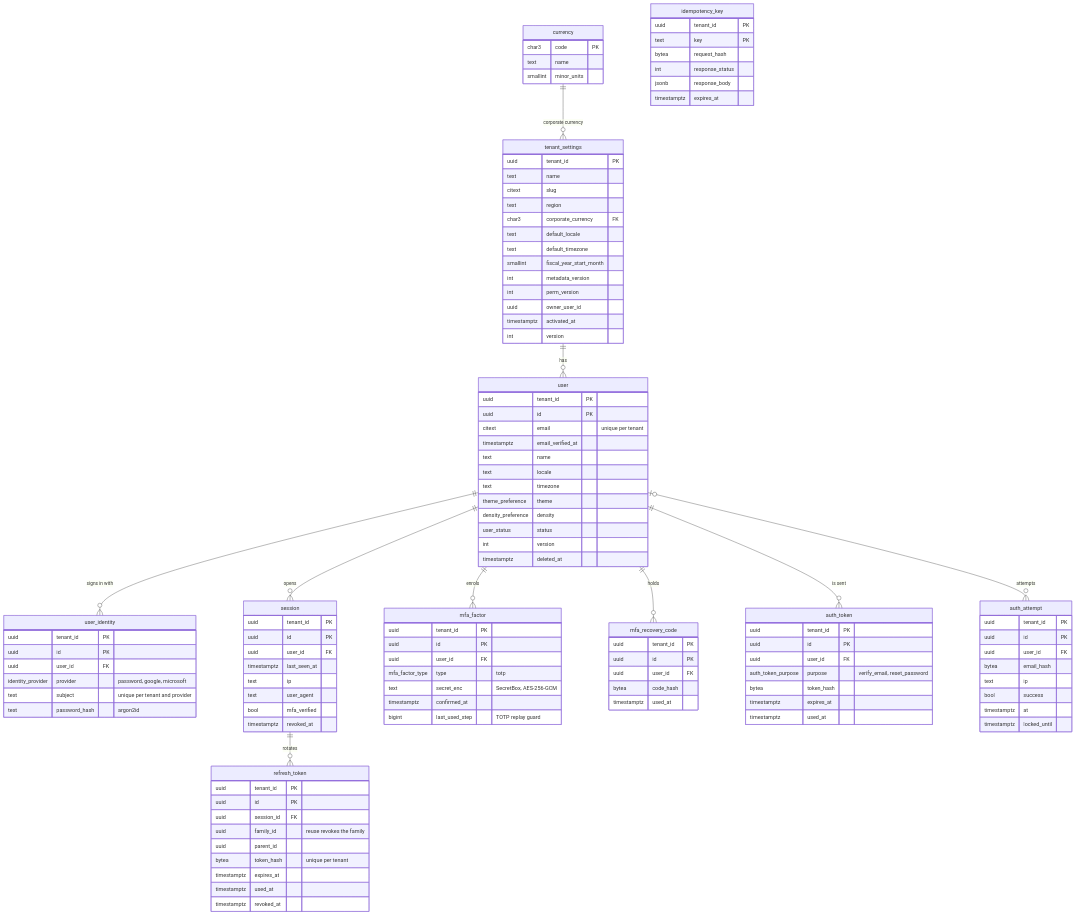
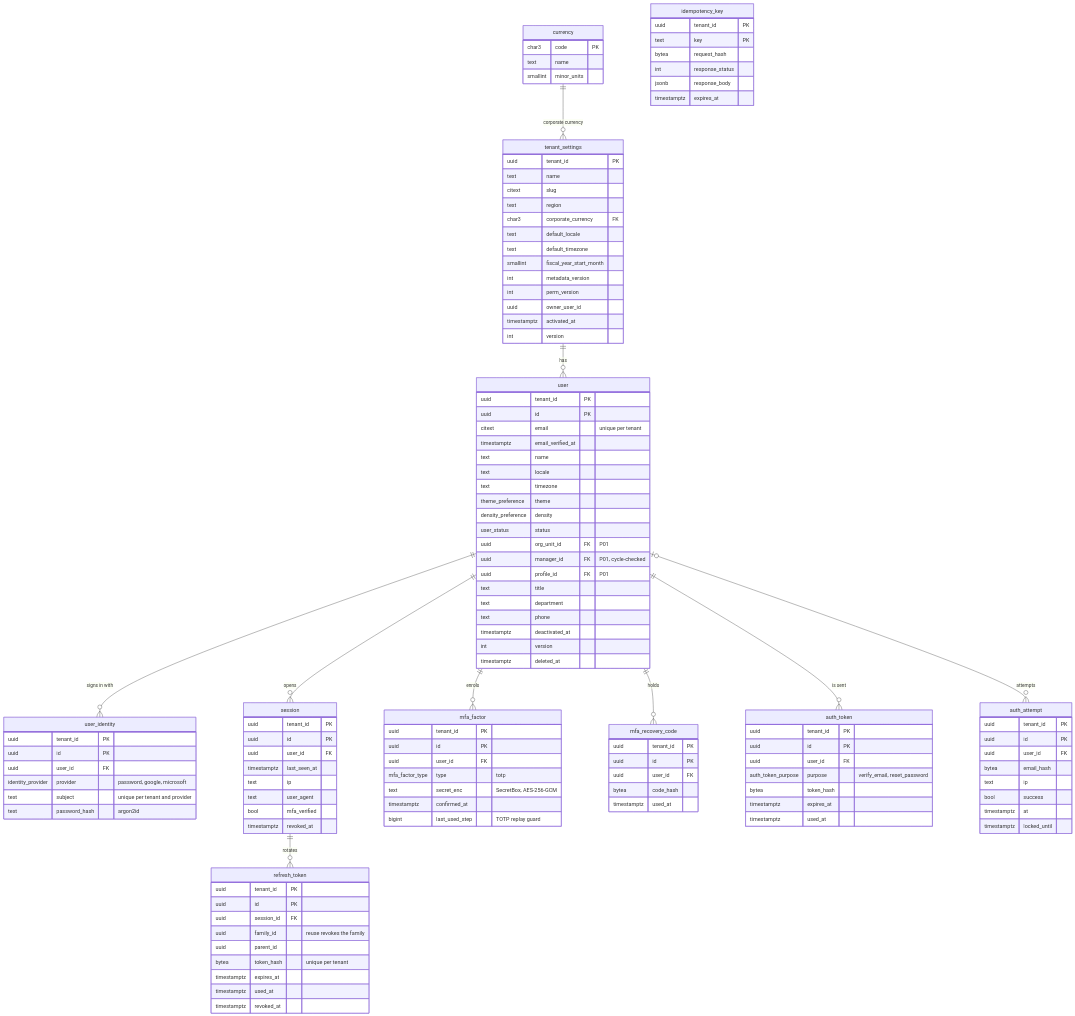
Before and after one commit to shakiljaved778-ctrl/SALESMAKER-2.0: the first of 5 diagrams in docs/spec/ERD.md, drawn with Mermaid. The commit also changed other lines of this file and 9 other files, not shown here.

```diff
--- a/docs/spec/ERD.md
+++ b/docs/spec/ERD.md
@@ -48,6 +48,13 @@
         theme_preference theme
         density_preference density
         user_status status
+        uuid org_unit_id FK "P01"
+        uuid manager_id FK "P01, cycle-checked"
+        uuid profile_id FK "P01"
+        text title
+        text department
+        text phone
+        timestamptz deactivated_at
         int version
         timestamptz deleted_at
     }
```
